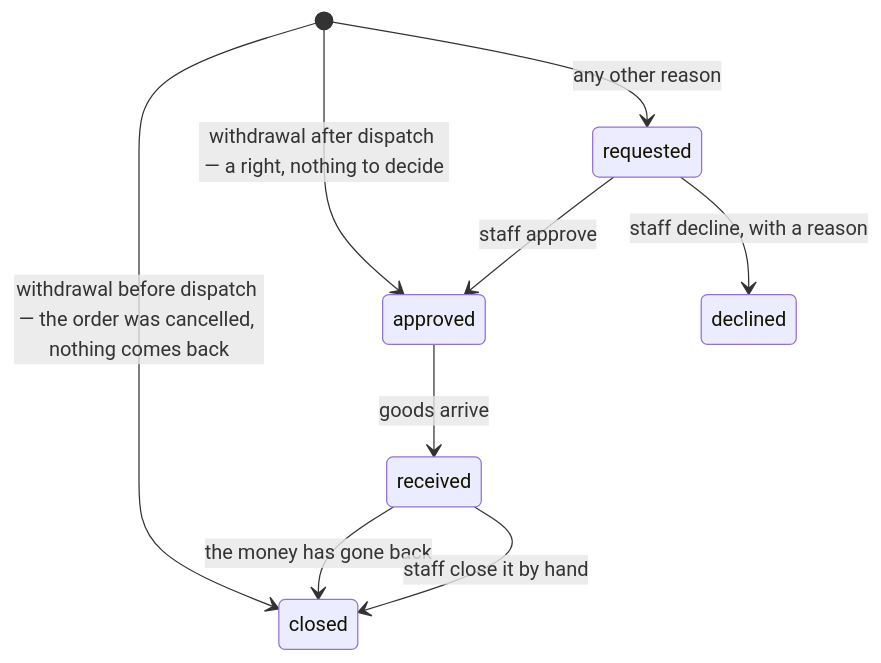
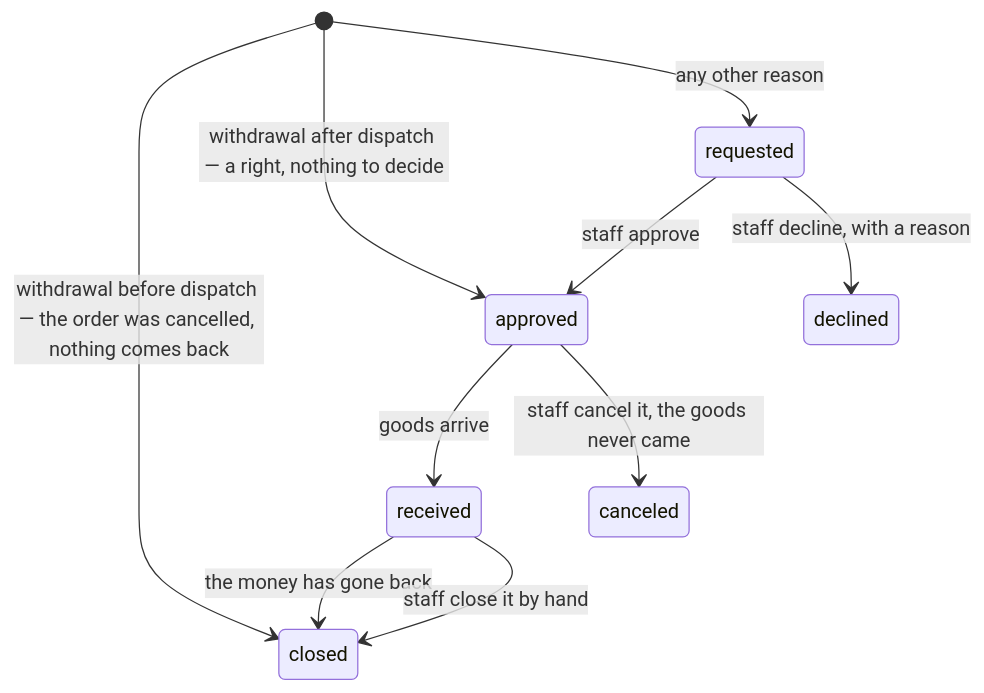
Before and after one commit to Guebbit/boilerplate-node-backend: the second of 5 diagrams in docs/modules/returns.md, drawn with Mermaid. The commit also changed other lines of this file and 29 other files, not shown here.

First line of the commit message:
feat(returns): let staff cancel an approved return whose goods never came

````diff
--- a/docs/modules/returns.md
+++ b/docs/modules/returns.md
@@ -77,11 +77,12 @@
 ```mermaid
 stateDiagram-v2
     [*] --> closed: withdrawal before dispatch — the order was cancelled, nothing comes back
     [*] --> approved: withdrawal after dispatch — a right, nothing to decide
     [*] --> requested: any other reason
     requested --> approved: staff approve
     requested --> declined: staff decline, with a reason
     approved --> received: goods arrive
+    approved --> canceled: staff cancel it, the goods never came
     received --> closed: the money has gone back
     received --> closed: staff close it by hand
 ```
````
